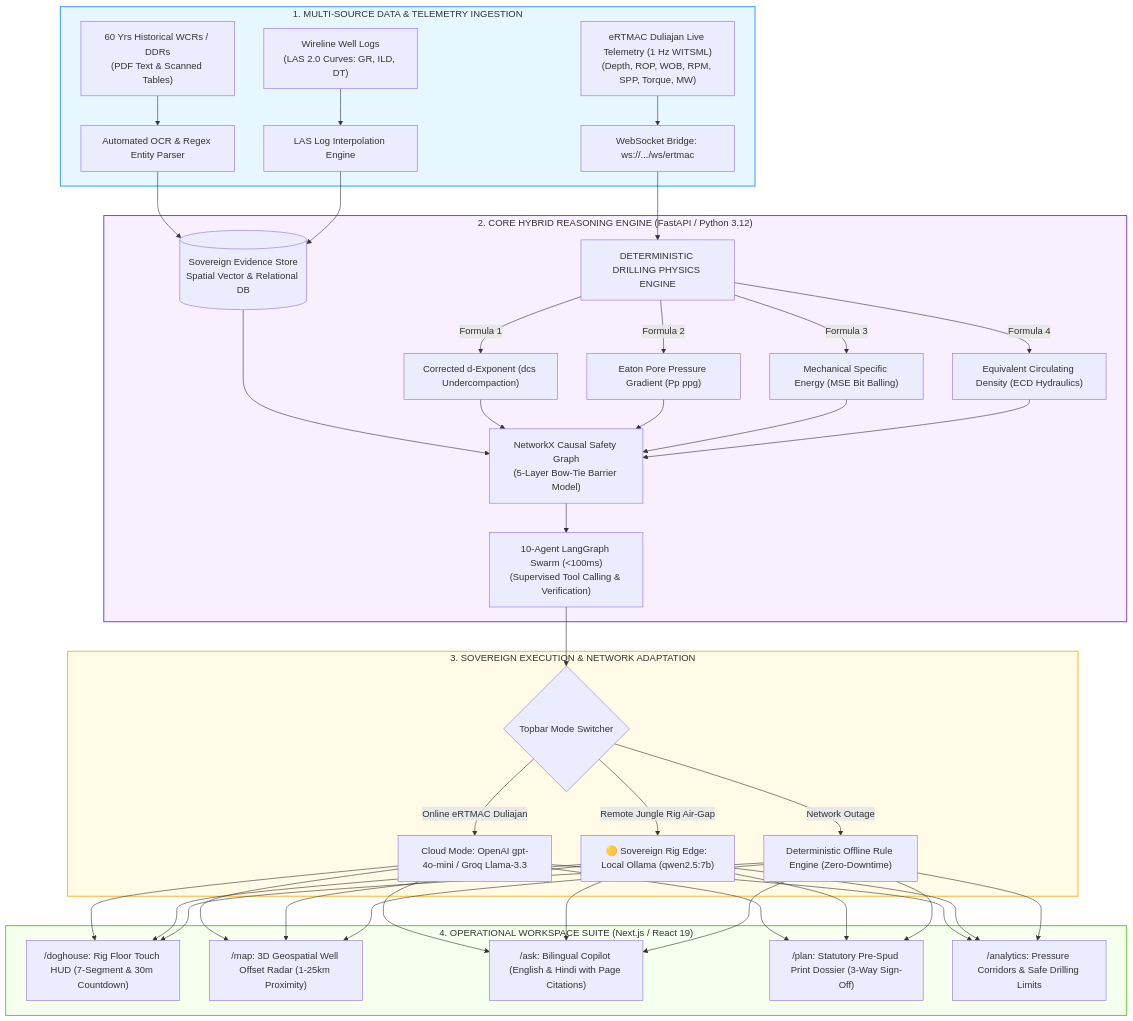
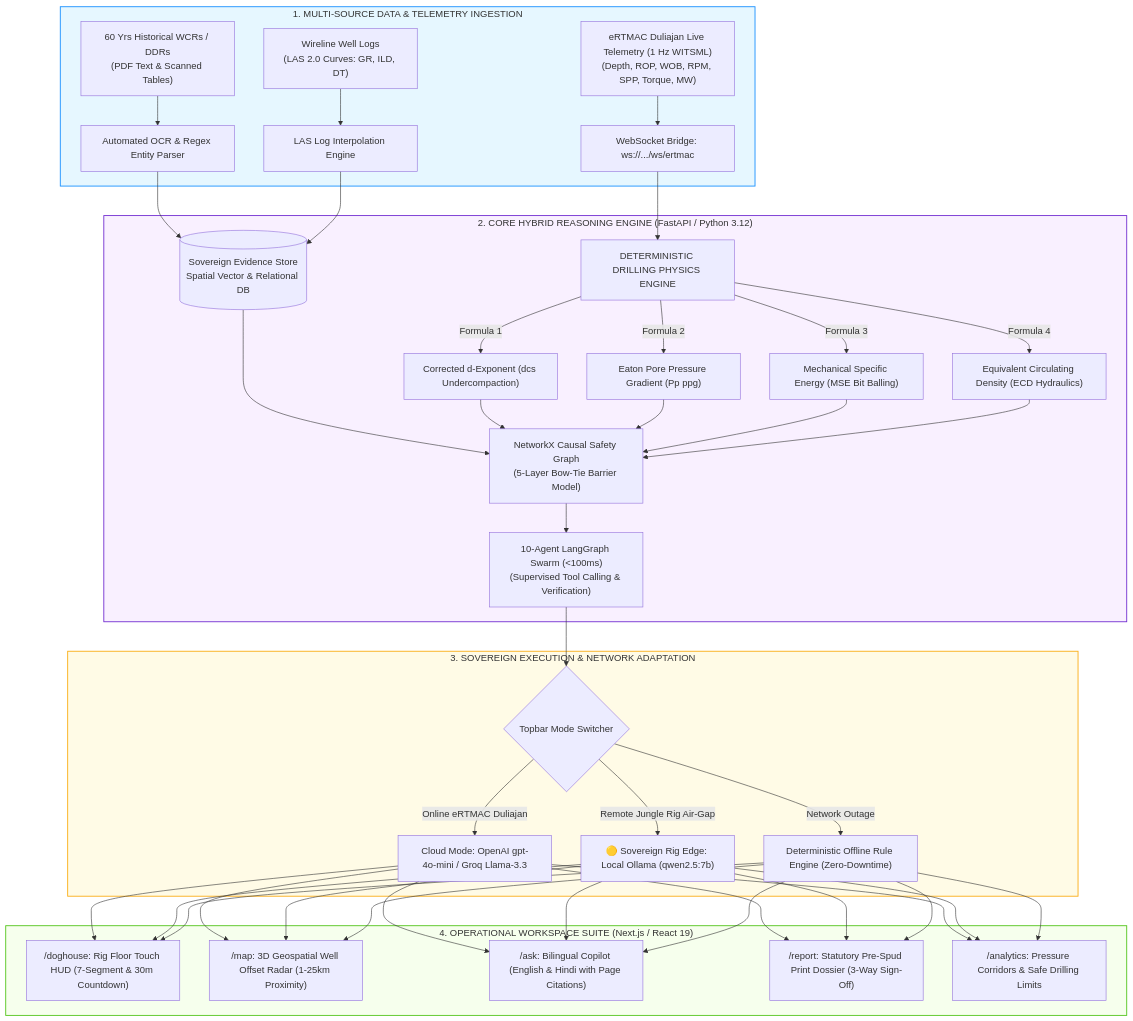
The second of 5 diagrams in srishtippt.md (priy-anshugupta/SRISHTI-AI), drawn with Mermaid before and after one commit. The commit also changed other lines of this file and 6 other files, not shown here.

````diff
--- a/srishtippt.md
+++ b/srishtippt.md
@@ -179,40 +179,40 @@
 ```mermaid
 flowchart TD
     subgraph Layer1["1. MULTI-SOURCE DATA & TELEMETRY INGESTION"]
         D1["60 Yrs Historical WCRs / DDRs<br/>(PDF Text & Scanned Tables)"] --> P1["Automated OCR & Regex Entity Parser"]
         D2["Wireline Well Logs<br/>(LAS 2.0 Curves: GR, ILD, DT)"] --> P2["LAS Log Interpolation Engine"]
         D3["eRTMAC Duliajan Live Telemetry (1 Hz WITSML)<br/>(Depth, ROP, WOB, RPM, SPP, Torque, MW)"] --> P3["WebSocket Bridge: ws://.../ws/ertmac"]
     end
 
     subgraph Layer2["2. CORE HYBRID REASONING ENGINE (FastAPI / Python 3.12)"]
         P1 & P2 --> S1[("Sovereign Evidence Store<br/>Spatial Vector & Relational DB")]
         P3 --> PHY["DETERMINISTIC DRILLING PHYSICS ENGINE"]
         PHY -->|Formula 1| F1["Corrected d-Exponent (dcs Undercompaction)"]
         PHY -->|Formula 2| F2["Eaton Pore Pressure Gradient (Pp ppg)"]
         PHY -->|Formula 3| F3["Mechanical Specific Energy (MSE Bit Balling)"]
         PHY -->|Formula 4| F4["Equivalent Circulating Density (ECD Hydraulics)"]
         
         S1 & F1 & F2 & F3 & F4 --> GRAPH["NetworkX Causal Safety Graph<br/>(5-Layer Bow-Tie Barrier Model)"]
         GRAPH --> SWARM["10-Agent LangGraph Swarm (<100ms)<br/>(Supervised Tool Calling & Verification)"]
     end
 
     subgraph Layer3["3. SOVEREIGN EXECUTION & NETWORK ADAPTATION"]
         SWARM --> SW{"Topbar Mode Switcher"}
         SW -->|Online eRTMAC Duliajan| CLOUD["Cloud Mode: OpenAI gpt-4o-mini / Groq Llama-3.3"]
         SW -->|Remote Jungle Rig Air-Gap| EDGE["🟡 Sovereign Rig Edge: Local Ollama (qwen2.5:7b)"]
         SW -->|Network Outage| DET["Deterministic Offline Rule Engine (Zero-Downtime)"]
     end
 
     subgraph Layer4["4. OPERATIONAL WORKSPACE SUITE (Next.js / React 19)"]
         CLOUD & EDGE & DET --> UI1["/doghouse: Rig Floor Touch HUD (7-Segment & 30m Countdown)"]
         CLOUD & EDGE & DET --> UI2["/map: 3D Geospatial Well Offset Radar (1-25km Proximity)"]
         CLOUD & EDGE & DET --> UI3["/ask: Bilingual Copilot (English & Hindi with Page Citations)"]
-        CLOUD & EDGE & DET --> UI4["/plan: Statutory Pre-Spud Print Dossier (3-Way Sign-Off)"]
+        CLOUD & EDGE & DET --> UI4["/report: Statutory Pre-Spud Print Dossier (3-Way Sign-Off)"]
         CLOUD & EDGE & DET --> UI5["/analytics: Pressure Corridors & Safe Drilling Limits"]
     end
 
     style Layer1 fill:#e6f7ff,stroke:#1890ff,stroke-width:1.5px
     style Layer2 fill:#f9f0ff,stroke:#722ed1,stroke-width:1.5px
     style Layer3 fill:#fffbe6,stroke:#faad14,stroke-width:1.5px
     style Layer4 fill:#f6ffed,stroke:#52c41a,stroke-width:1.5px
 ```
````
